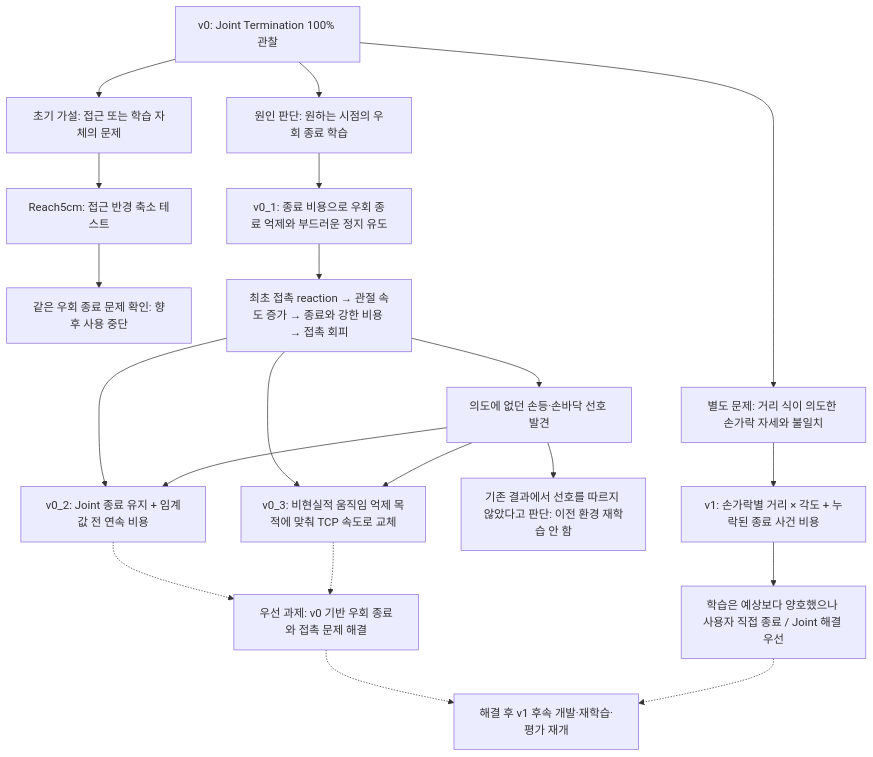
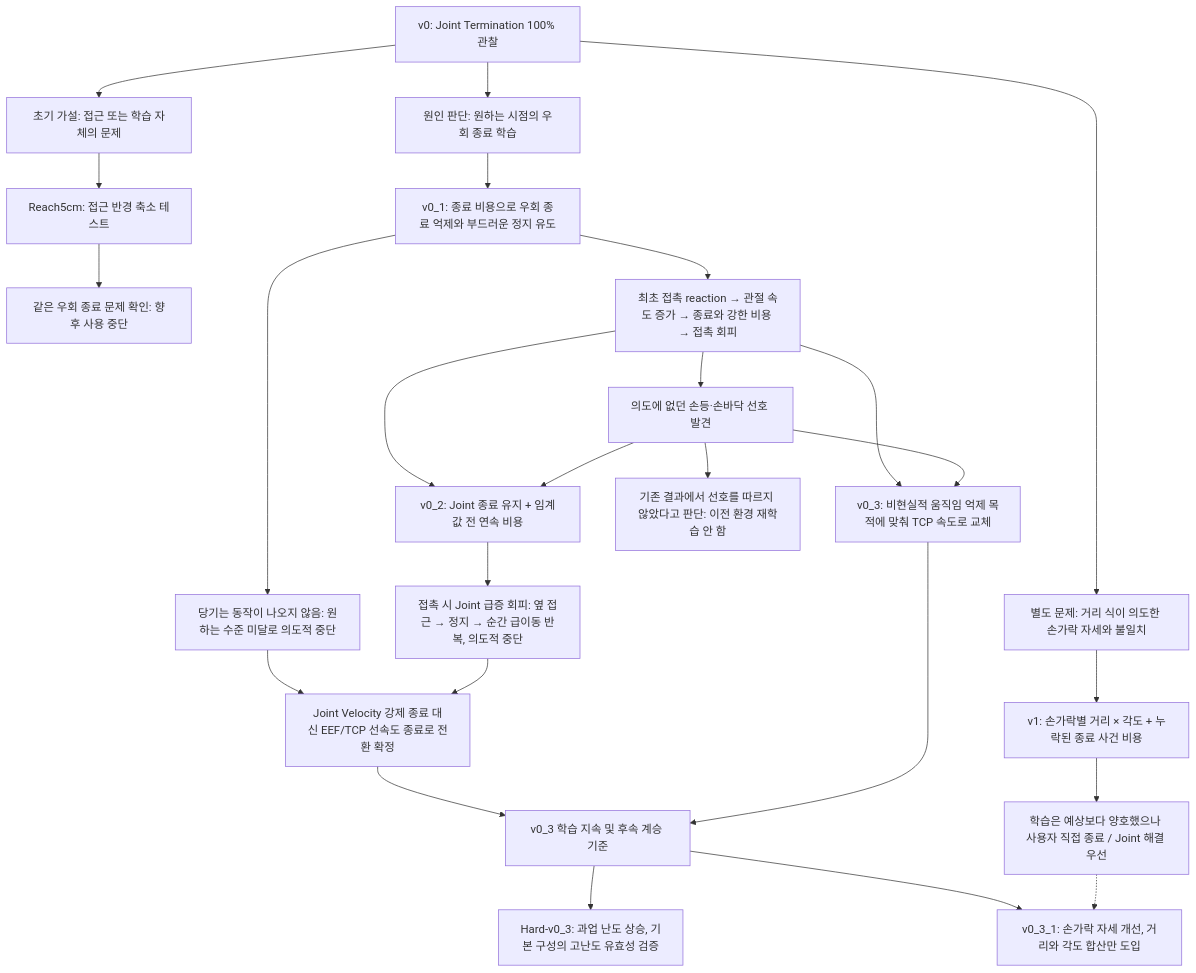
The second of 2 diagrams in 02_implementation/environments/PROF_REVISION_FAMILY.md (7cmdehdrb/Contact-Rich-Manipulation-Context), drawn with Mermaid before and after one commit. The commit also changed other lines of this file and 8 other files, not shown here.

````diff
--- a/02_implementation/environments/PROF_REVISION_FAMILY.md
+++ b/02_implementation/environments/PROF_REVISION_FAMILY.md
@@ -180,23 +192,28 @@
 ```mermaid
 flowchart TD
     V0["v0: Joint Termination 100% 관찰"]
     V0 --> H["초기 가설: 접근 또는 학습 자체의 문제"]
     H --> R["Reach5cm: 접근 반경 축소 테스트"]
     R --> RX["같은 우회 종료 문제 확인: 향후 사용 중단"]
     V0 --> D["원인 판단: 원하는 시점의 우회 종료 학습"]
     D --> V01["v0_1: 종료 비용으로 우회 종료 억제와 부드러운 정지 유도"]
     V01 --> C["최초 접촉 reaction → 관절 속도 증가 → 종료와 강한 비용 → 접촉 회피"]
     C --> V02["v0_2: Joint 종료 유지 + 임계값 전 연속 비용"]
     C --> V03["v0_3: 비현실적 움직임 억제 목적에 맞춰 TCP 속도로 교체"]
     C --> S["의도에 없던 손등·손바닥 선호 발견"]
     S --> V02
     S --> V03
     S --> OLD["기존 결과에서 선호를 따르지 않았다고 판단: 이전 환경 재학습 안 함"]
     V0 --> F["별도 문제: 거리 식이 의도한 손가락 자세와 불일치"]
     F --> V1["v1: 손가락별 거리 × 각도 + 누락된 종료 사건 비용"]
-    V02 -.-> P["우선 과제: v0 기반 우회 종료와 접촉 문제 해결"]
-    V03 -.-> P
-    P -.-> RESUME["해결 후 v1 후속 개발·재학습·평가 재개"]
+    V01 --> STOP01["당기는 동작이 나오지 않음: 원하는 수준 미달로 의도적 중단"]
+    V02 --> STOP02["접촉 시 Joint 급증 회피: 옆 접근 → 정지 → 순간 급이동 반복, 의도적 중단"]
+    STOP01 --> DECIDE["Joint Velocity 강제 종료 대신 EEF/TCP 선속도 종료로 전환 확정"]
+    STOP02 --> DECIDE
+    DECIDE --> KEEP["v0_3 학습 지속 및 후속 계승 기준"]
+    V03 --> KEEP
     V1 --> HOLD["학습은 예상보다 양호했으나 사용자 직접 종료 / Joint 해결 우선"]
-    HOLD -.-> RESUME
+    KEEP --> HARD["Hard-v0_3: 과업 난도 상승, 기본 구성의 고난도 유효성 검증"]
+    KEEP --> FINGER["v0_3_1: 손가락 자세 개선, 거리와 각도 합산만 도입"]
+    HOLD -.-> FINGER
 ```
````
